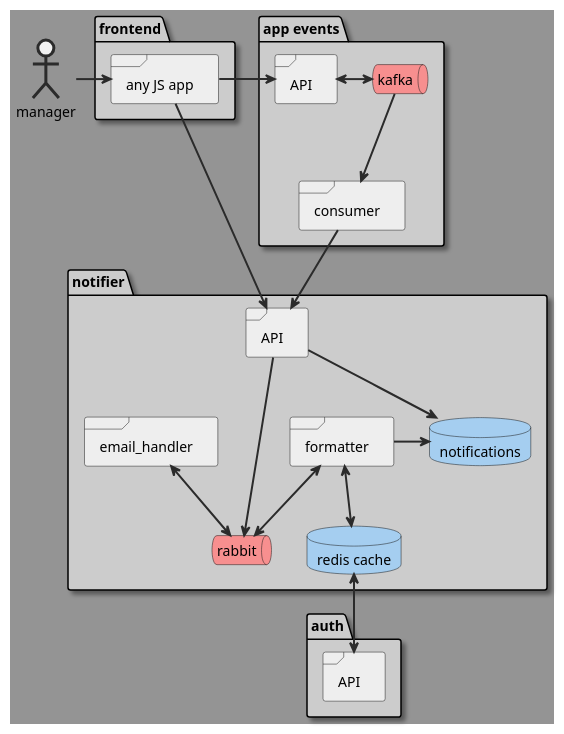
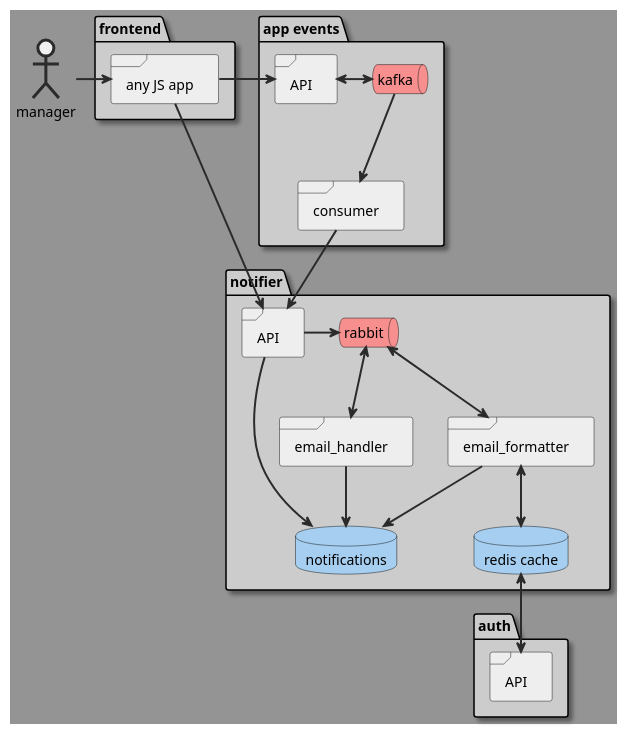
The diagram in scheme/maybe.puml (YanPonomarevMP/notifications_sprint_1), drawn with PlantUML before and after one commit.

Commit message:
Вставил стрелочку от handler до бд
Всё

```diff
--- a/scheme/maybe.puml
+++ b/scheme/maybe.puml
@@ -1,89 +1,90 @@
 @startuml
 
 <style>
     package {
         backgroundcolor #CCC
         Shadowing 1
     }
     document {
         backgroundcolor #949494
     }
     frame {
         backgroundcolor #EEE
     }
     database {
         backgroundcolor #A5CEF0
     }
     queue {
         backgroundcolor #F78F8F
     }
     actor {
         linethickness 3
         linecolor #2B2B2B
     }
     arrow {
         linethickness 2
         linecolor #2B2B2B
     }
     folder {
         backgroundcolor #FFCD73
     }
 </style>
 
 package "notifier" {
     frame notifier_api as "API" {
     }
-    frame notifier_formatter as "formatter" {
+    frame notifier_formatter as "email_formatter" {
     }
     frame notifier_email_handler as "email_handler" {
     }
     database notifier_postgres as "notifications" {
     }
     database notifier_cache as "redis cache" {
     }
     queue notifier_queue as "rabbit" {
     }
 }
 
 package events as "app events" {
     frame events_api as "API" {
     }
     queue events_kafka as "kafka" {
     }
     frame notifier_to_events_consumer as "consumer" {
     }
 }
 
 package "auth" {
     frame auth_api as "API" {
     }
 }
 
 package "frontend" {
     frame frontend_app as "any JS app" {
     }
 }
 
 actor notifier_user as "manager"
 
 events_kafka --> notifier_to_events_consumer
 notifier_to_events_consumer --> notifier_api
 
 notifier_user -right-> frontend_app
 frontend_app ---> notifier_api
 frontend_app -right-> events_api
 events_api <-right-> events_kafka
 
-notifier_api --> notifier_postgres
-notifier_api ---> notifier_queue
+notifier_api -right-> notifier_postgres
+notifier_api -right-> notifier_queue
 
-notifier_formatter <--> notifier_queue
-notifier_email_handler <--> notifier_queue
+notifier_formatter <-up-> notifier_queue
+notifier_email_handler <-up-> notifier_queue
 
 notifier_formatter <-down-> notifier_cache
 notifier_cache <-down-> auth_api
-notifier_formatter -> notifier_postgres
+notifier_formatter -right-> notifier_postgres
+notifier_email_handler --> notifier_postgres
 
 'note right of notifier_formatter : aaa
 
 @enduml
```
